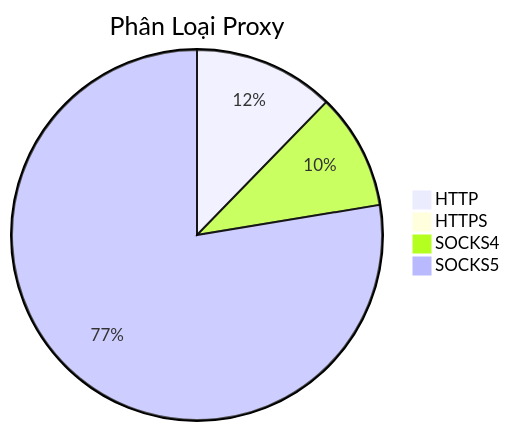
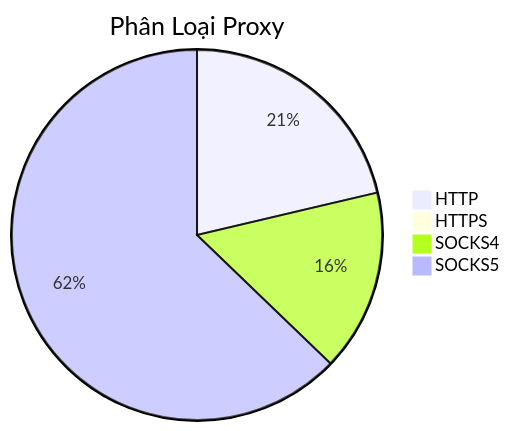
One commit to Ciara-Aa/PROXY-free changed the diagram in README.md. Above: the diagram before and after it, drawn with Mermaid. The commit also changed other lines of this file and 4 other files, not shown here.

````diff
--- a/README.md
+++ b/README.md
@@ -26,7 +26,7 @@
 ```mermaid
 pie title Phân Loại Proxy
-    "HTTP" : 421
-    "HTTPS" : 12
-    "SOCKS4" : 347
-    "SOCKS5" : 2661
+    "HTTP" : 364
+    "HTTPS" : 10
+    "SOCKS4" : 271
+    "SOCKS5" : 1072
 ```
````
